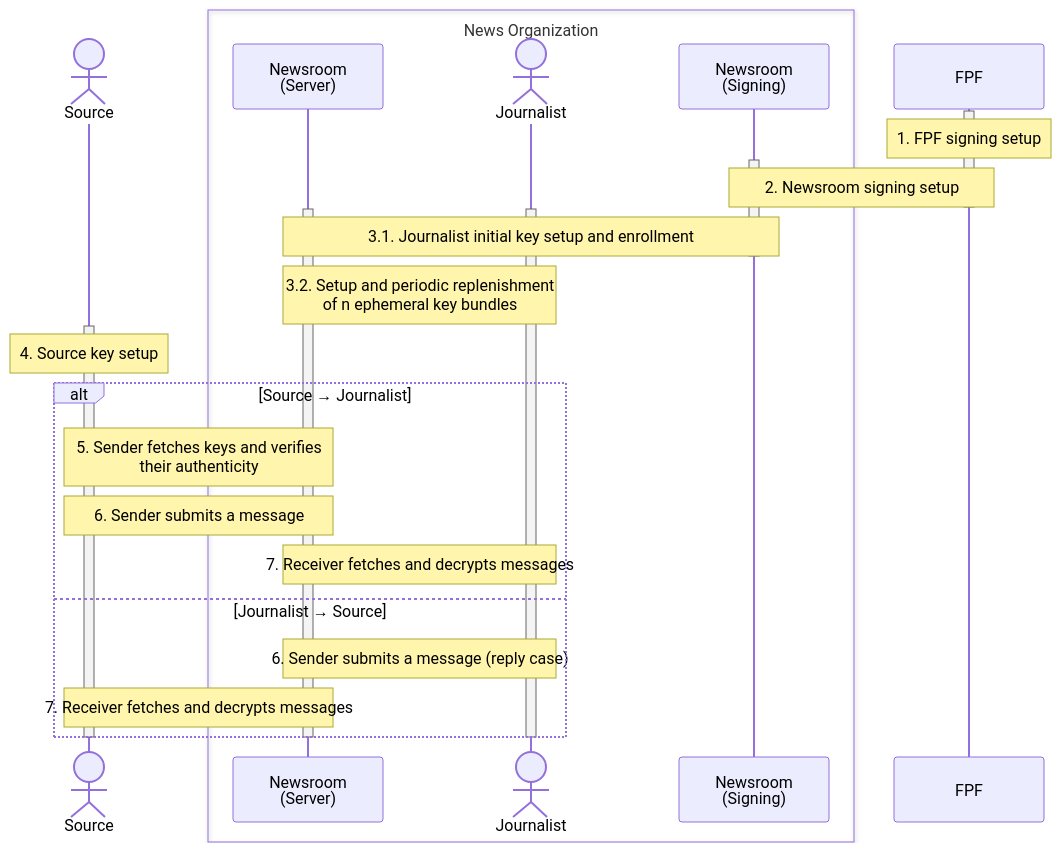
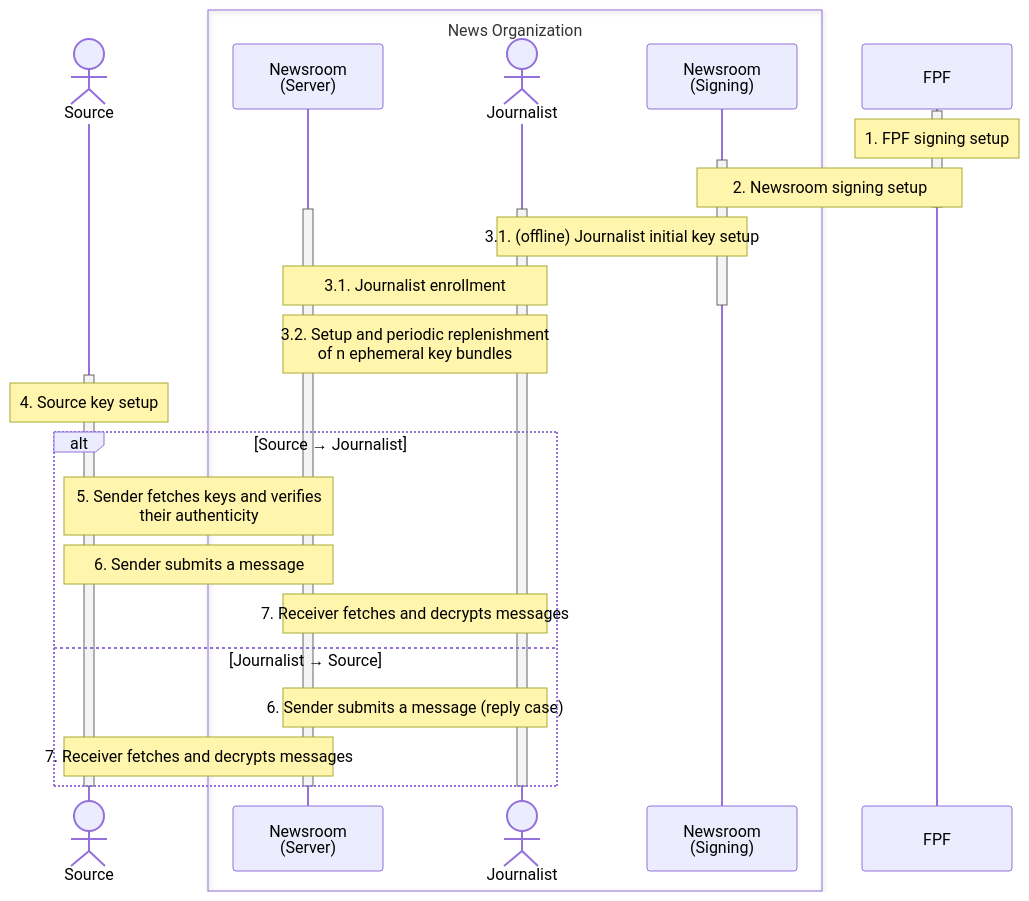
The diagram in docs/protocol.md (freedomofpress/securedrop-protocol), drawn with Mermaid before and after one commit.

Commit message:
docs: separate journalist's offline key setup and online enrollment

````diff
--- a/docs/protocol.md
+++ b/docs/protocol.md
@@ -17,41 +17,42 @@
 ```mermaid
 sequenceDiagram
 
 actor Source
 
 box News Organization
 participant Server as Newsroom<br>(Server)
 actor Journalist
 participant Newsroom as Newsroom<br>(Signing)
 end
 
 participant FPF
 
 activate FPF
 Note over FPF: 1. FPF signing setup
 
 activate Newsroom
 Note over Newsroom, FPF: 2. Newsroom signing setup
 deactivate FPF
 
 activate Server
 activate Journalist
-Note over Server, Newsroom: 3.1. Journalist initial key setup and enrollment
+Note over Journalist, Newsroom: 3.1. (offline) Journalist initial key setup
+Note over Server, Journalist: 3.1. Journalist enrollment
 deactivate Newsroom
 
 Note over Journalist, Server: 3.2. Setup and periodic replenishment<br>of n ephemeral key bundles
 
 activate Source
 Note over Source: 4. Source key setup
 alt Source → Journalist
 Note over Source, Server: 5. Sender fetches keys and verifies<br>their authenticity
 Note over Source, Server: 6. Sender submits a message
 Note over Server, Journalist: 7. Receiver fetches and decrypts messages
 else Journalist → Source
 Note over Server, Journalist: 6. Sender submits a message (reply case)
 Note over Source, Server: 7. Receiver fetches and decrypts messages
 end
 deactivate Source
 deactivate Journalist
 deactivate Server
 ```
````
